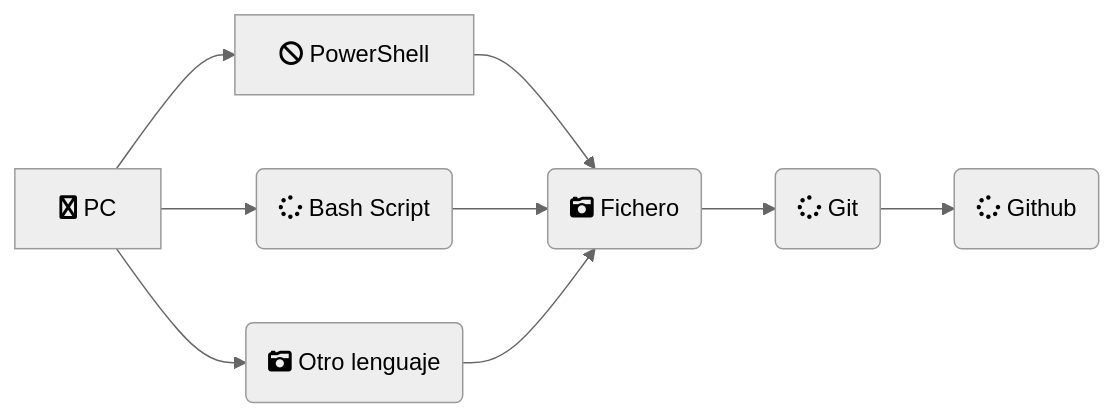
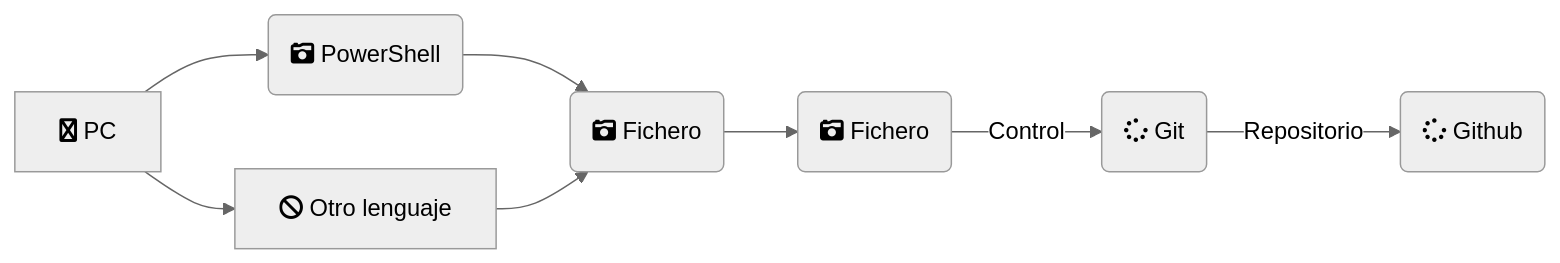
One commit to Jloen1999/PrimeraECTSFC changed the second of 3 diagrams in README.md. Above: the diagram before and after it, drawn with Mermaid (neutral theme). The commit also changed other lines of this file and 9 other files, not shown here.

````diff
--- a/README.md
+++ b/README.md
@@ -202,12 +229,11 @@
 ```mermaid
 flowchart LR;
 B["fa:fa-twitter PC"]
-    B-->C[fa:fa-ban PowerShell]
-    B-->D(fa:fa-spinner Bash Script);
-    B-->E(fa:fa-camera-retro Otro lenguaje)
+    B-->C[fa:fa-ban Otro lenguaje] 
+    B-->E(fa:fa-camera-retro PowerShell)
+    E-->F(fa:fa-camera-retro Fichero) 
     C-->F(fa:fa-camera-retro Fichero)
-    D-->F(fa:fa-camera-retro Fichero)
-    E-->F(fa:fa-camera-retro Fichero)
-    F-->G(fa:fa-spinner Git)
-    G-->H(fa:fa-spinner Github)
+    F-->H(fa:fa-camera-retro Fichero)
+    H-->|Control|I(fa:fa-spinner Git)
+    I-->|Repositorio|J(fa:fa-spinner Github)
 ```
````
